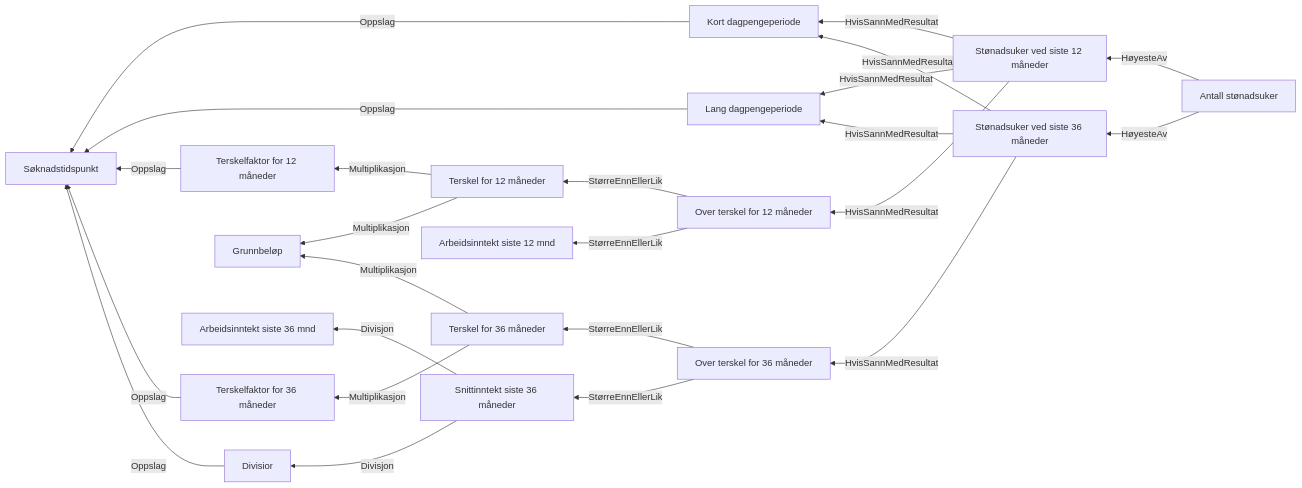
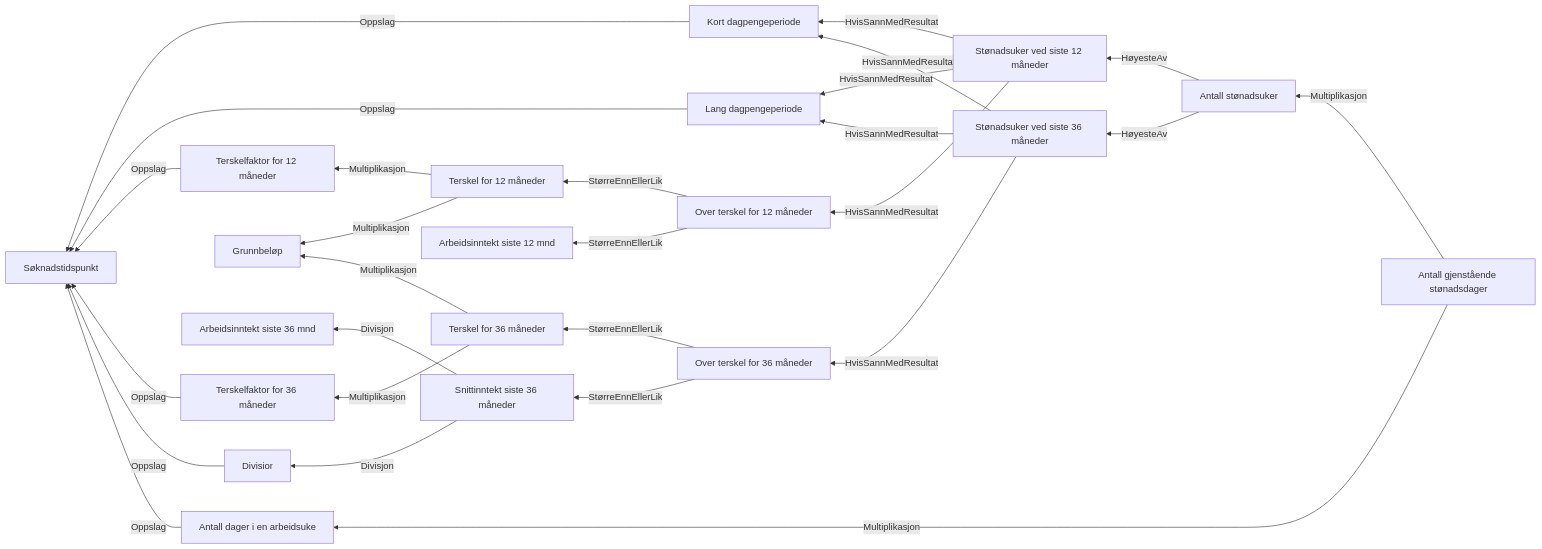
Before and after one commit to navikt/dp-vedtak: the diagram in docs/regler/§ 4-15 Antall stønadsuker, stønadsperiode.approved.md, drawn with Mermaid. The commit also changed 12 other files, not shown here.

````diff
--- a/docs/regler/§ 4-15 Antall stønadsuker, stønadsperiode.approved.md
+++ b/docs/regler/§ 4-15 Antall stønadsuker, stønadsperiode.approved.md
@@ -5,26 +5,29 @@
 ```mermaid
 graph RL
   A["Kort dagpengeperiode"] -->|"Oppslag"| B["Søknadstidspunkt"]
   C["Lang dagpengeperiode"] -->|"Oppslag"| B["Søknadstidspunkt"]
   D["Terskelfaktor for 12 måneder"] -->|"Oppslag"| B["Søknadstidspunkt"]
   E["Terskelfaktor for 36 måneder"] -->|"Oppslag"| B["Søknadstidspunkt"]
   F["Divisior"] -->|"Oppslag"| B["Søknadstidspunkt"]
   G["Terskel for 12 måneder"] -->|"Multiplikasjon"| H["Grunnbeløp"]
   G["Terskel for 12 måneder"] -->|"Multiplikasjon"| D["Terskelfaktor for 12 måneder"]
   I["Terskel for 36 måneder"] -->|"Multiplikasjon"| H["Grunnbeløp"]
   I["Terskel for 36 måneder"] -->|"Multiplikasjon"| E["Terskelfaktor for 36 måneder"]
   J["Snittinntekt siste 36 måneder"] -->|"Divisjon"| K["Arbeidsinntekt siste 36 mnd"]
   J["Snittinntekt siste 36 måneder"] -->|"Divisjon"| F["Divisior"]
   L["Over terskel for 12 måneder"] -->|"StørreEnnEllerLik"| M["Arbeidsinntekt siste 12 mnd"]
   L["Over terskel for 12 måneder"] -->|"StørreEnnEllerLik"| G["Terskel for 12 måneder"]
   N["Over terskel for 36 måneder"] -->|"StørreEnnEllerLik"| J["Snittinntekt siste 36 måneder"]
   N["Over terskel for 36 måneder"] -->|"StørreEnnEllerLik"| I["Terskel for 36 måneder"]
   O["Stønadsuker ved siste 12 måneder"] -->|"HvisSannMedResultat"| L["Over terskel for 12 måneder"]
   O["Stønadsuker ved siste 12 måneder"] -->|"HvisSannMedResultat"| C["Lang dagpengeperiode"]
   O["Stønadsuker ved siste 12 måneder"] -->|"HvisSannMedResultat"| A["Kort dagpengeperiode"]
   P["Stønadsuker ved siste 36 måneder"] -->|"HvisSannMedResultat"| N["Over terskel for 36 måneder"]
   P["Stønadsuker ved siste 36 måneder"] -->|"HvisSannMedResultat"| C["Lang dagpengeperiode"]
   P["Stønadsuker ved siste 36 måneder"] -->|"HvisSannMedResultat"| A["Kort dagpengeperiode"]
   Q["Antall stønadsuker"] -->|"HøyesteAv"| O["Stønadsuker ved siste 12 måneder"]
   Q["Antall stønadsuker"] -->|"HøyesteAv"| P["Stønadsuker ved siste 36 måneder"]
+  R["Antall dager i en arbeidsuke"] -->|"Oppslag"| B["Søknadstidspunkt"]
+  S["Antall gjenstående stønadsdager"] -->|"Multiplikasjon"| Q["Antall stønadsuker"]
+  S["Antall gjenstående stønadsdager"] -->|"Multiplikasjon"| R["Antall dager i en arbeidsuke"]
 ```
````
